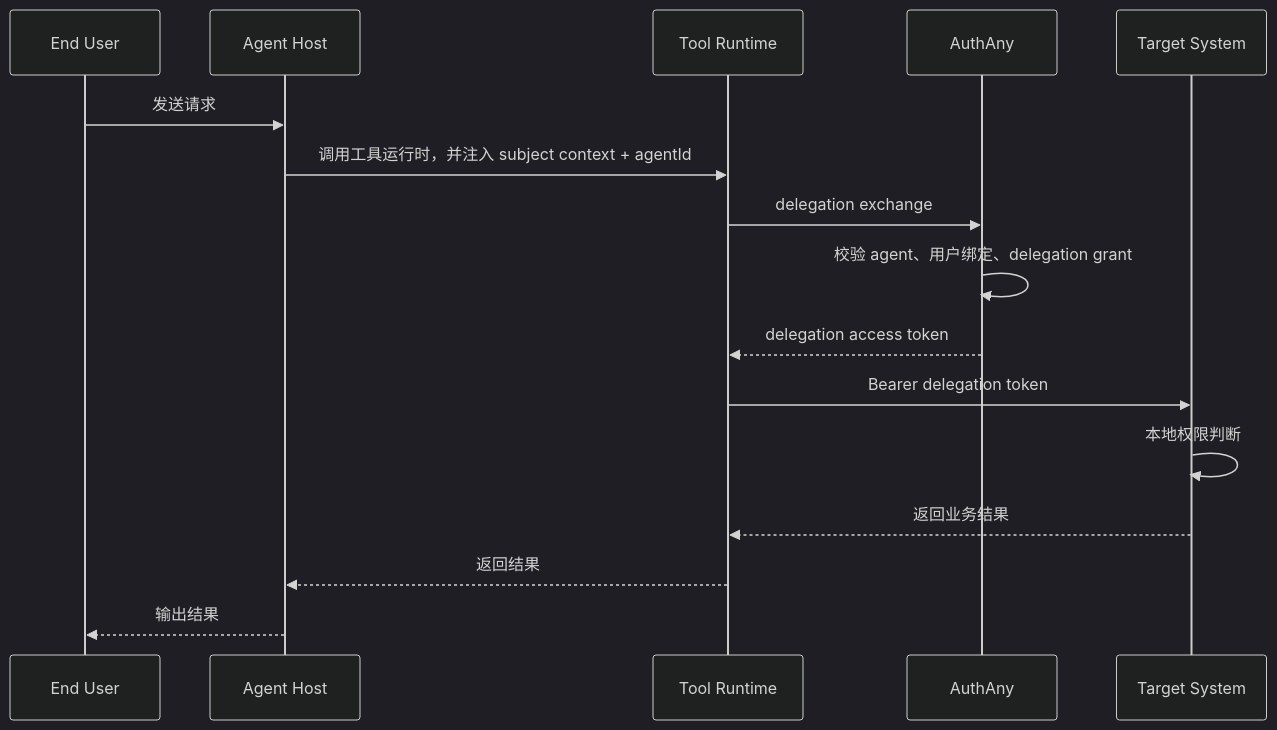
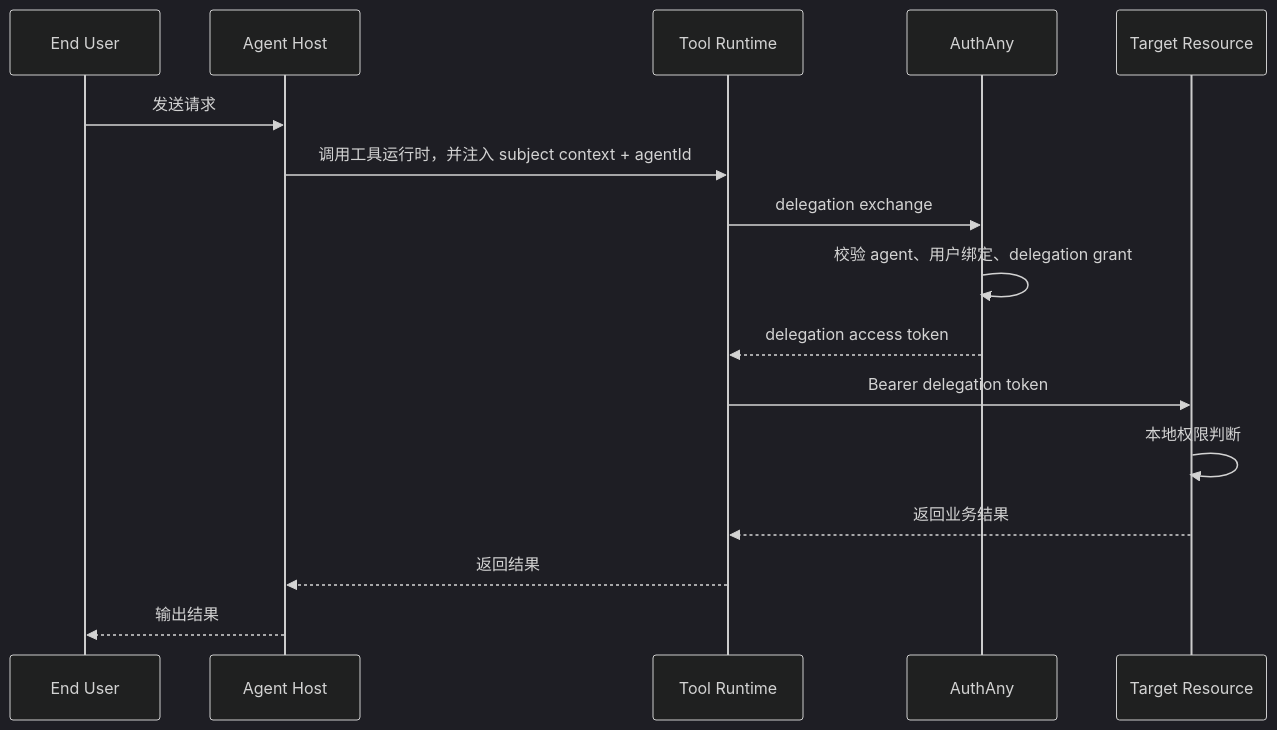
One commit to renxqoo/Authany changed the second of 3 diagrams in demand/00-authany-executable-plan.md. Above: the diagram before and after it, drawn with Mermaid (dark theme). The commit also changed other lines of this file and 310 other files, not shown here.

Commit message:
feat: harden security flows and reorganize example apps

````diff
--- a/demand/00-authany-executable-plan.md
+++ b/demand/00-authany-executable-plan.md
@@ -549,19 +544,19 @@
 ```mermaid
 sequenceDiagram
     participant U as End User
     participant O as Agent Host
     participant C as Tool Runtime
     participant A as AuthAny
-    participant B as Target System
+    participant B as Target Resource
 
     U->>O: 发送请求
     O->>C: 调用工具运行时，并注入 subject context + agentId
     C->>A: delegation exchange
     A->>A: 校验 agent、用户绑定、delegation grant
     A-->>C: delegation access token
     C->>B: Bearer delegation token
     B->>B: 本地权限判断
     B-->>C: 返回业务结果
     C-->>O: 返回结果
     O-->>U: 输出结果
 ```
````
